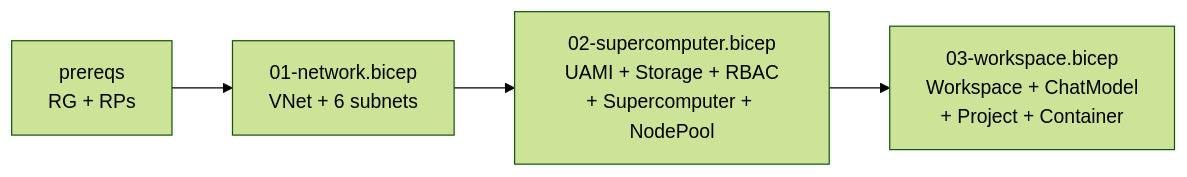
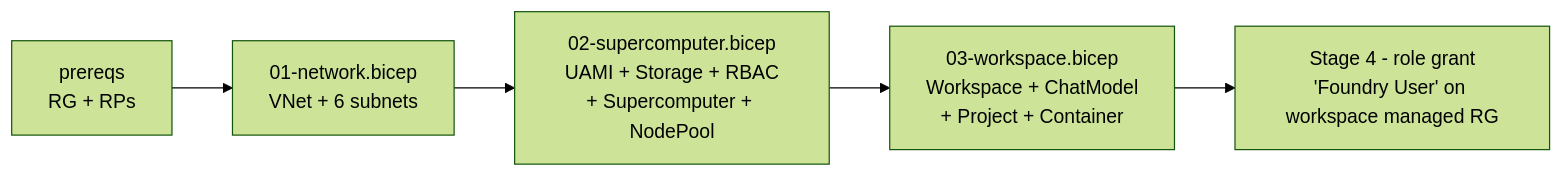
The first of 2 diagrams in architecture.md (yingding/discovery-studio), drawn with Mermaid (forest theme) before and after one commit. The commit also changed other lines of this file and 4 other files, not shown here.

````diff
--- a/architecture.md
+++ b/architecture.md
@@ -21,7 +21,8 @@
 ```mermaid
 flowchart LR
     P[prereqs<br/>RG + RPs] --> S1
     S1[01-network.bicep<br/>VNet + 6 subnets] --> S2
     S2[02-supercomputer.bicep<br/>UAMI + Storage + RBAC<br/>+ Supercomputer + NodePool] --> S3
-    S3[03-workspace.bicep<br/>Workspace + ChatModel<br/>+ Project + Container]
+    S3[03-workspace.bicep<br/>Workspace + ChatModel<br/>+ Project + Container] --> S4
+    S4[Stage 4 - role grant<br/>'Foundry User' on workspace managed RG]
 ```
````
